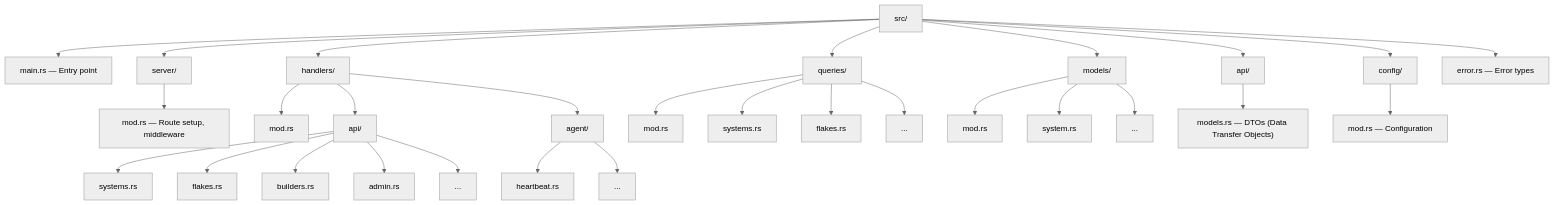
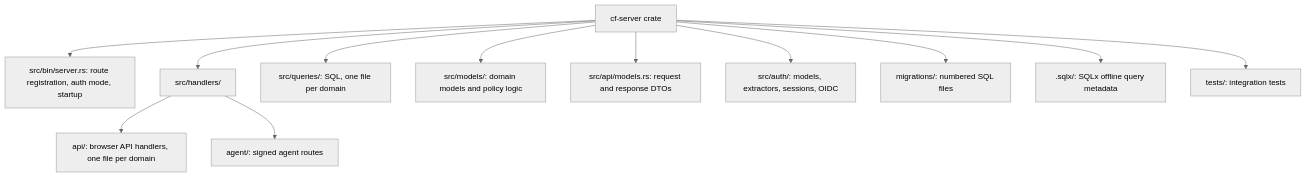
The diagram in docs/knowledge/operations/adding-a-backend-api-endpoint.md (usmcamp0811/crystal-forge), drawn with Mermaid (neutral theme) before and after one commit. The commit also changed other lines of this file and 39 other files, not shown here.

````diff
--- a/docs/knowledge/operations/adding-a-backend-api-endpoint.md
+++ b/docs/knowledge/operations/adding-a-backend-api-endpoint.md
@@ -108,33 +44,16 @@
 ```mermaid
 %% diagram-id: core-backend-api-file-tree
 flowchart TD
-    root["src/"]
-    root --> main["main.rs — Entry point"]
-    root --> server["server/"]
-    server --> server_mod["mod.rs — Route setup, middleware"]
-    root --> handlers["handlers/"]
-    handlers --> handlers_mod["mod.rs"]
-    handlers --> api_handlers["api/"]
-    api_handlers --> systems["systems.rs"]
-    api_handlers --> flakes["flakes.rs"]
-    api_handlers --> builders["builders.rs"]
-    api_handlers --> admin["admin.rs"]
-    api_handlers --> api_ellipsis["..."]
-    handlers --> agent["agent/"]
-    agent --> heartbeat["heartbeat.rs"]
-    agent --> agent_ellipsis["..."]
-    root --> queries["queries/"]
-    queries --> queries_mod["mod.rs"]
-    queries --> qsystems["systems.rs"]
-    queries --> qflakes["flakes.rs"]
-    queries --> queries_ellipsis["..."]
-    root --> models["models/"]
-    models --> models_mod["mod.rs"]
-    models --> system_model["system.rs"]
-    models --> models_ellipsis["..."]
-    root --> api["api/"]
-    api --> api_models["models.rs — DTOs (Data Transfer Objects)"]
-    root --> config["config/"]
-    config --> config_mod["mod.rs — Configuration"]
-    root --> error["error.rs — Error types"]
+    crate["cf-server crate"]
+    crate --> bin["src/bin/server.rs: route registration, auth mode, startup"]
+    crate --> handlers["src/handlers/"]
+    handlers --> api["api/: browser API handlers, one file per domain"]
+    handlers --> agent["agent/: signed agent routes"]
+    crate --> queries["src/queries/: SQL, one file per domain"]
+    crate --> models["src/models/: domain models and policy logic"]
+    crate --> apimodels["src/api/models.rs: request and response DTOs"]
+    crate --> auth["src/auth/: models, extractors, sessions, OIDC"]
+    crate --> migrations["migrations/: numbered SQL files"]
+    crate --> sqlx[".sqlx/: SQLx offline query metadata"]
+    crate --> tests["tests/: integration tests"]
 ```
````
